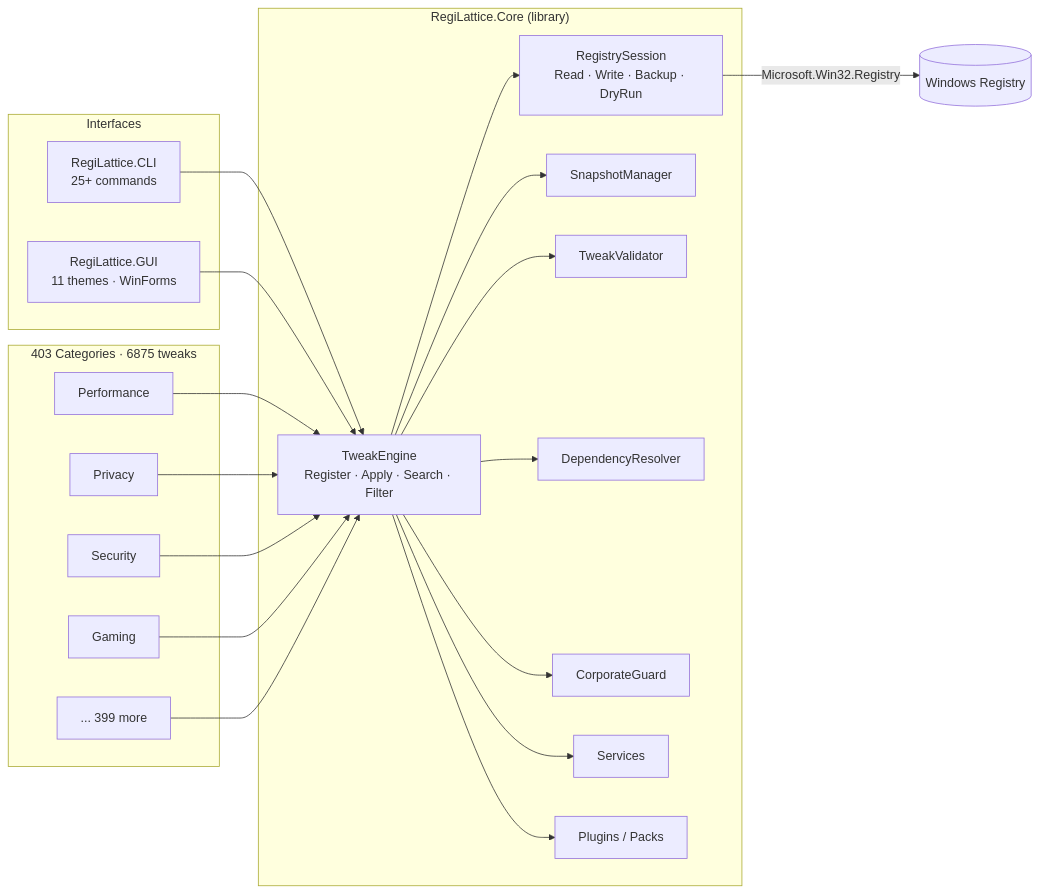
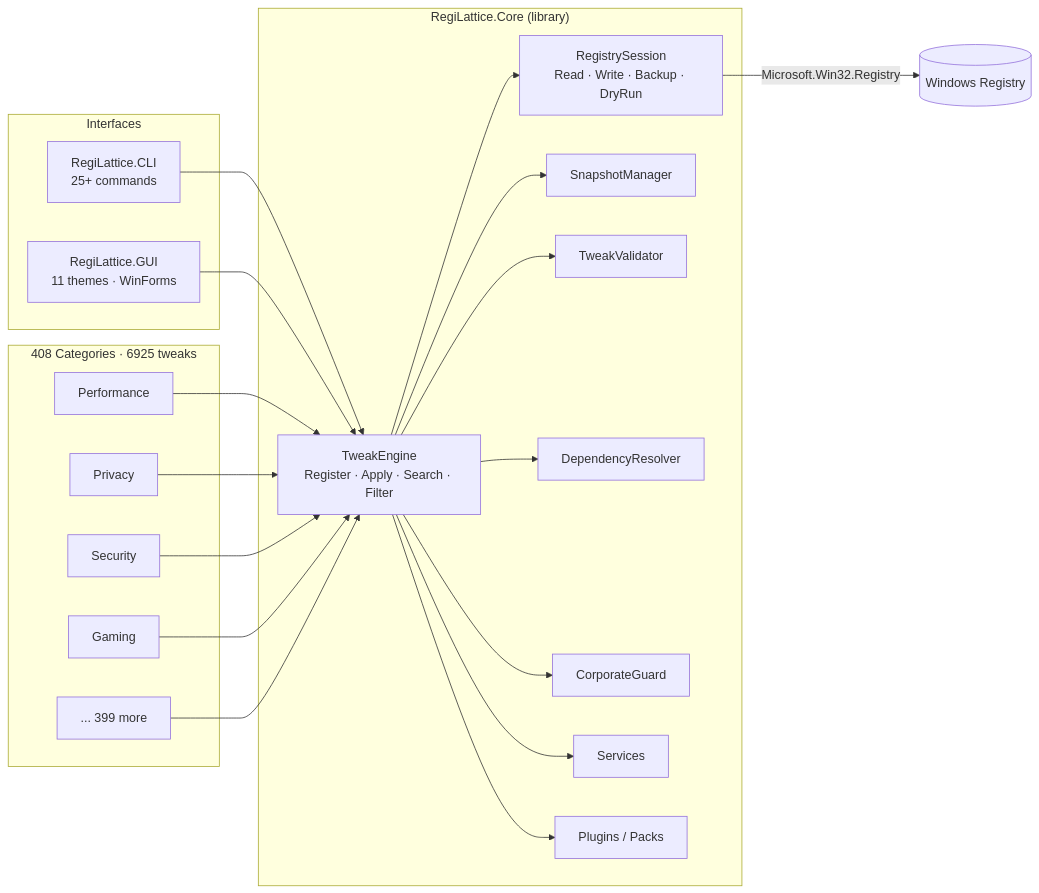
Before and after one commit to RajwanYair/RegiLattice: the first of 2 diagrams in README.md, drawn with Mermaid. The commit also changed other lines of this file and 12 other files, not shown here.

````diff
--- a/README.md
+++ b/README.md
@@ -86,38 +86,38 @@
 ```mermaid
 graph LR
     subgraph Interfaces
         CLI[RegiLattice.CLI<br/>25+ commands]
         GUI[RegiLattice.GUI<br/>11 themes · WinForms]
     end
 
     subgraph Core["RegiLattice.Core (library)"]
         TE[TweakEngine<br/>Register · Apply · Search · Filter]
         RS[RegistrySession<br/>Read · Write · Backup · DryRun]
         SM[SnapshotManager]
         TV[TweakValidator]
         DR[DependencyResolver]
         CG[CorporateGuard]
         SV[Services]
         PM[Plugins / Packs]
     end
 
-    subgraph Tweaks["403 Categories · 6875 tweaks"]
+    subgraph Tweaks["408 Categories · 6925 tweaks"]
         T1[Performance]
         T2[Privacy]
         T3[Security]
         T4[Gaming]
         TN[... 399 more]
     end
 
     CLI --> TE
     GUI --> TE
     TE --> RS
     TE --> SM
     TE --> TV
     TE --> DR
     TE --> CG
     TE --> SV
     TE --> PM
     T1 & T2 & T3 & T4 & TN --> TE
     RS -->|Microsoft.Win32.Registry| WR[(Windows Registry)]
 ```
````
